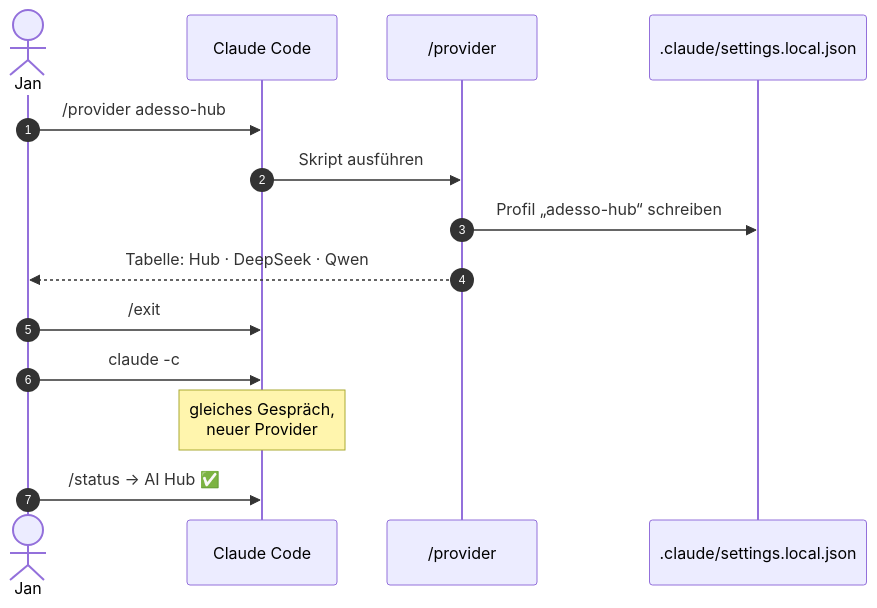
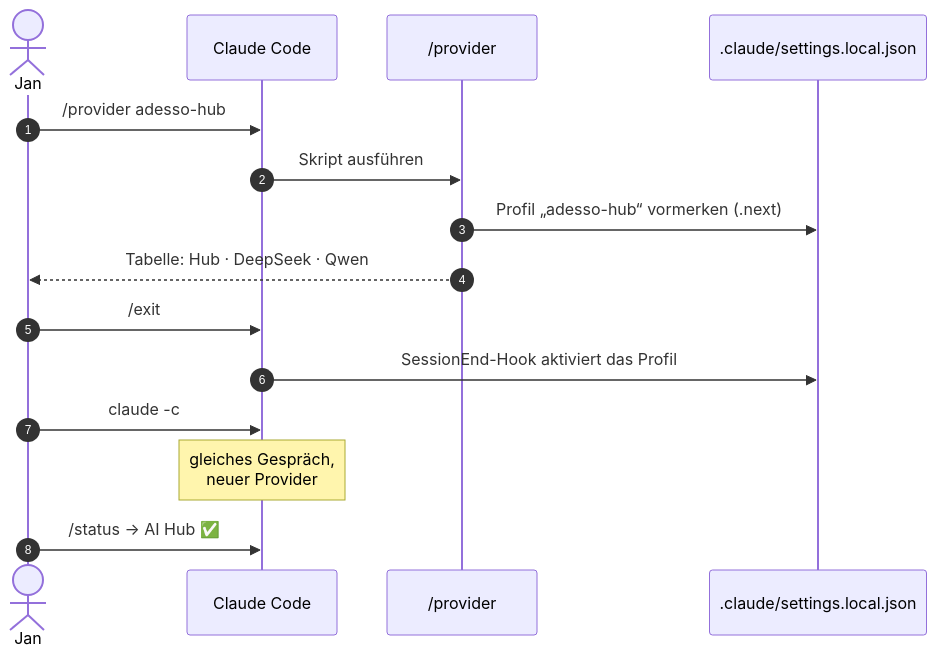
The second of 6 diagrams in docs/demo/01-ai-hub/VISUELL.md (a-lottes/Agent-Template), drawn with Mermaid before and after one commit. The commit also changed other lines of this file and 6 other files, not shown here.

````diff
--- a/docs/demo/01-ai-hub/VISUELL.md
+++ b/docs/demo/01-ai-hub/VISUELL.md
@@ -37,17 +37,18 @@
 ```mermaid
 sequenceDiagram
     autonumber
     actor Jan
     participant CC as Claude Code
     participant P as /provider
     participant S as .claude/settings.local.json
 
     Jan->>CC: /provider adesso-hub
     CC->>P: Skript ausführen
-    P->>S: Profil „adesso-hub“ schreiben
+    P->>S: Profil „adesso-hub“ vormerken (.next)
     P-->>Jan: Tabelle: Hub · DeepSeek · Qwen
     Jan->>CC: /exit
+    CC->>S: SessionEnd-Hook aktiviert das Profil
     Jan->>CC: claude -c
     Note over CC: gleiches Gespräch,<br/>neuer Provider
     Jan->>CC: /status → AI Hub ✅
 ```
````
